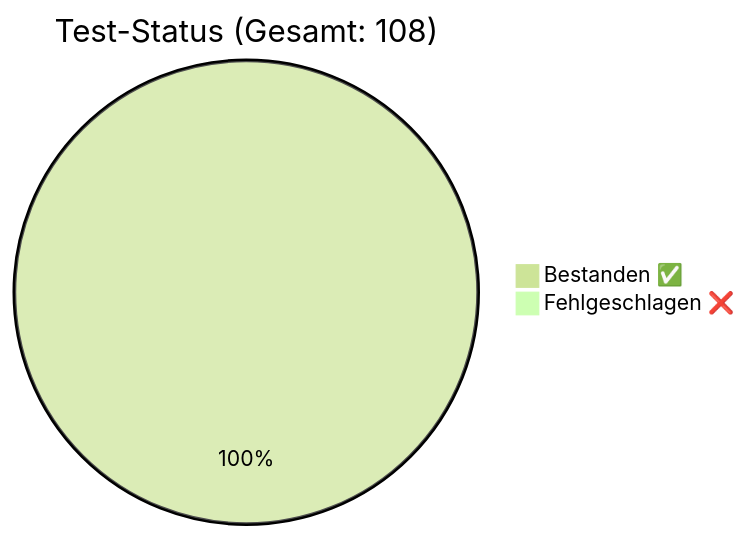
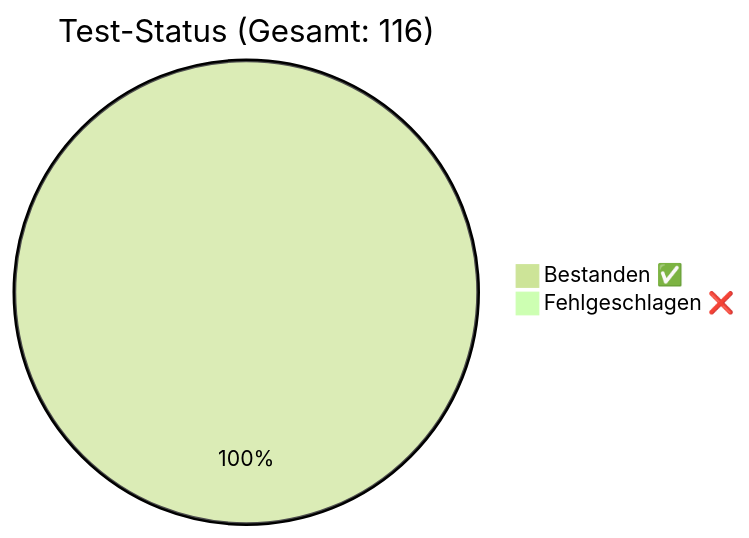
The diagram in docs/QA_Report.md (rorila/GCS), drawn with Mermaid (forest theme) before and after one commit. The commit also changed other lines of this file and 23 other files, not shown here.

First line of the commit message:
fix: Inspector-Farben (ESM-Import) und Flow-Sync DataAction-Kette (v3.16.1)

````diff
--- a/docs/QA_Report.md
+++ b/docs/QA_Report.md
@@ -7,5 +7,5 @@
 ```mermaid
-pie title Test-Status (Gesamt: 108)
-    "Bestanden ✅" : 108
+pie title Test-Status (Gesamt: 116)
+    "Bestanden ✅" : 116
     "Fehlgeschlagen ❌" : 0
 ```
````
